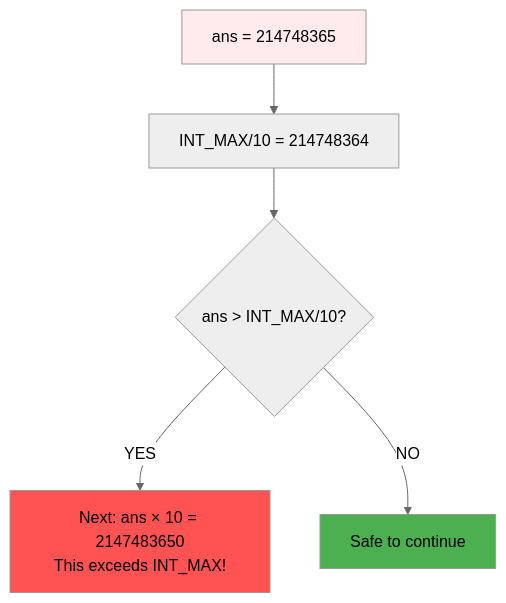
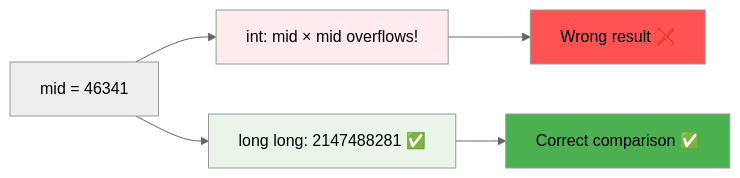
One commit to LuckyLongre123/README_RUNNER changed the ninth of 14 diagrams in README.md. Above: the diagram before and after it, drawn with Mermaid (neutral theme). The commit also changed other lines of this file, not shown here.

````diff
--- a/README.md
+++ b/README.md
@@ -212,11 +254,12 @@
 ```mermaid
-graph TD
-    A[ans = 214748365] --> B[INT_MAX/10 = 214748364]
-    B --> C{ans > INT_MAX/10?}
-    C -->|YES| D[Next: ans × 10 = 2147483650<br/>This exceeds INT_MAX!]
-    C -->|NO| E[Safe to continue]
+flowchart LR
+    A[mid = 46341] --> B[int: mid × mid overflows!]
+    A --> C[long long: 2147488281 ✅]
+    B --> D[Wrong result ❌]
+    C --> E[Correct comparison ✅]
     
-    style A fill:#ffebee
+    style B fill:#ffebee
+    style C fill:#e8f5e8
     style D fill:#ff5252
     style E fill:#4caf50
 ```
````
